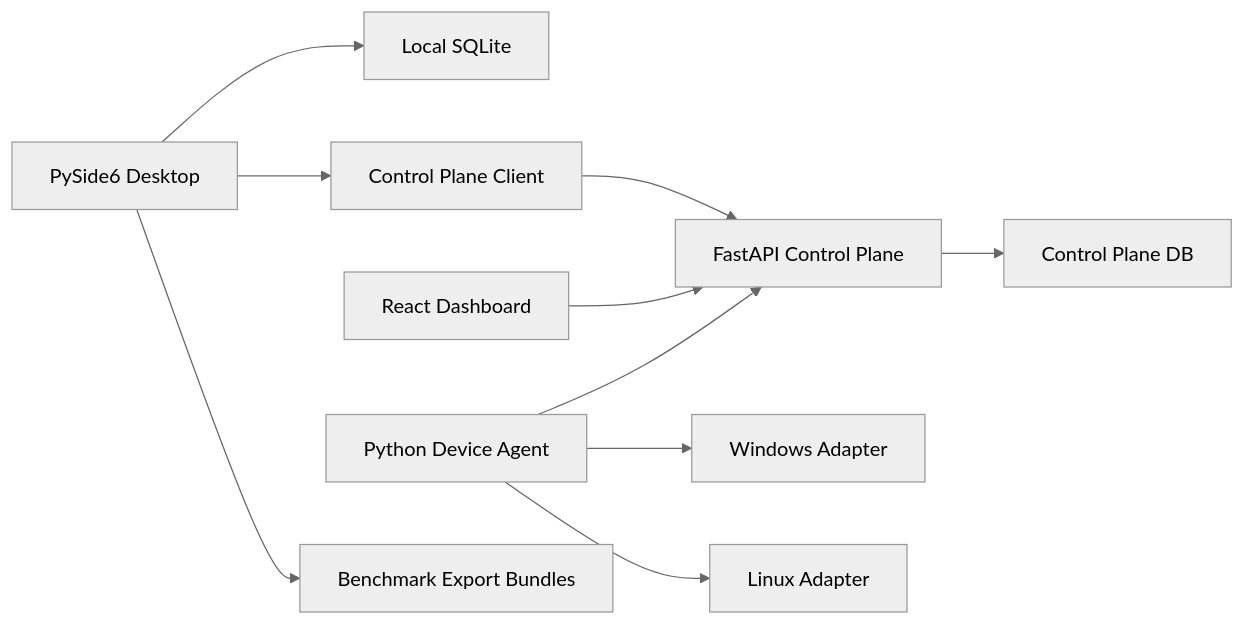
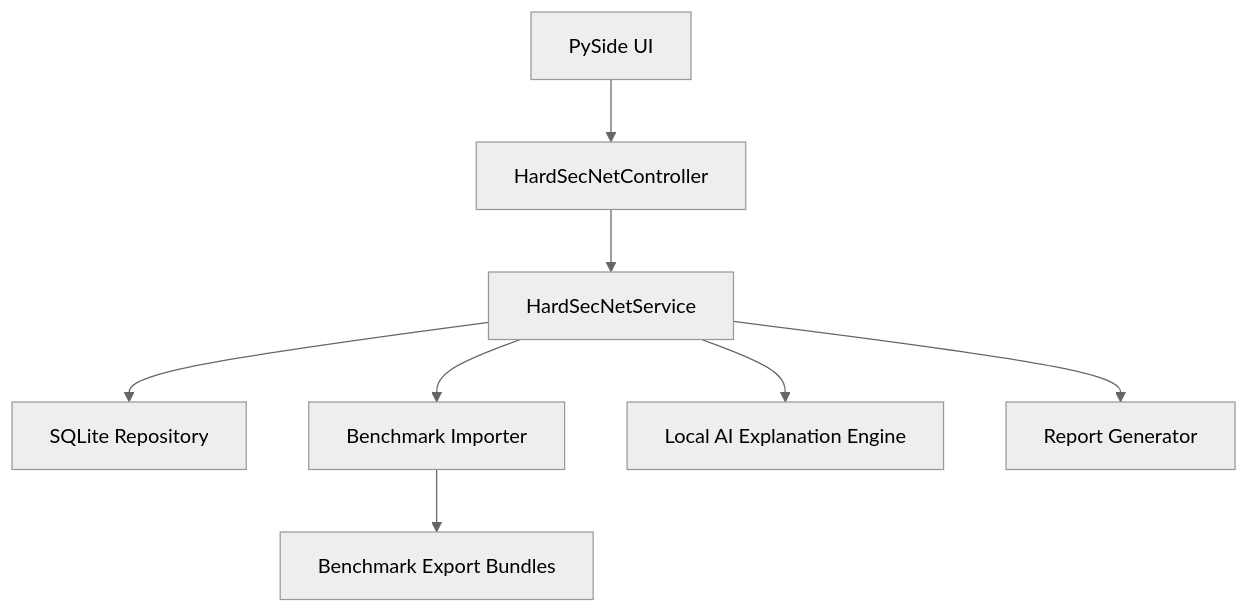
The diagram in docs/bmad/architecture.md (ExPl0iT-29/hardsecnet-pyside), drawn with Mermaid (neutral theme) before and after one commit. The commit also changed other lines of this file and 64 other files, not shown here.

````diff
--- a/docs/bmad/architecture.md
+++ b/docs/bmad/architecture.md
@@ -42,12 +16,10 @@
 ```mermaid
-flowchart LR
-    Desktop["PySide6 Desktop"] --> LocalDB["Local SQLite"]
-    Desktop --> BackendClient["Control Plane Client"]
-    BackendClient --> API["FastAPI Control Plane"]
-    Dashboard["React Dashboard"] --> API
-    Agent["Python Device Agent"] --> API
-    API --> CPDB["Control Plane DB"]
-    Agent --> Win["Windows Adapter"]
-    Agent --> Linux["Linux Adapter"]
-    Desktop --> Benchmarks["Benchmark Export Bundles"]
+flowchart TD
+    UI["PySide UI"] --> Controller["HardSecNetController"]
+    Controller --> Service["HardSecNetService"]
+    Service --> Repo["SQLite Repository"]
+    Service --> Importer["Benchmark Importer"]
+    Service --> Agents["Local AI Explanation Engine"]
+    Service --> Reports["Report Generator"]
+    Importer --> Bundles["Benchmark Export Bundles"]
 ```
````
